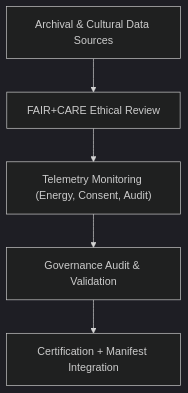
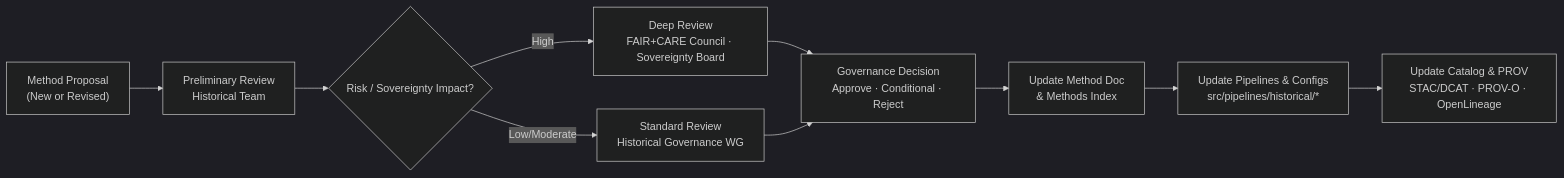
The diagram in docs/analyses/historical/methods/governance.md (bartytime4life/Kansas-Frontier-Matrix), drawn with Mermaid (dark theme) before and after one commit. The commit also changed other lines of this file, not shown here.

First line of the commit message:
Revise governance.md for version 11.2.4 updates

````diff
--- a/docs/analyses/historical/methods/governance.md
+++ b/docs/analyses/historical/methods/governance.md
@@ -61,7 +207,13 @@
 ```mermaid
-flowchart TD
-  A["Archival & Cultural Data Sources"] --> B["FAIR+CARE Ethical Review"]
-  B --> C["Telemetry Monitoring (Energy, Consent, Audit)"]
-  C --> D["Governance Audit & Validation"]
-  D --> E["Certification + Manifest Integration"]
+flowchart LR
+    A["Method Proposal\n(New or Revised)"]
+        --> B["Preliminary Review\nHistorical Team"]
+    B --> C{"Risk / Sovereignty Impact?"}
+    C -->|High| D["Deep Review\nFAIR+CARE Council · Sovereignty Board"]
+    C -->|Low/Moderate| E["Standard Review\nHistorical Governance WG"]
+    D --> F["Governance Decision\nApprove · Conditional · Reject"]
+    E --> F
+    F --> G["Update Method Doc\n& Methods Index"]
+    G --> H["Update Pipelines & Configs\nsrc/pipelines/historical/*"]
+    H --> I["Update Catalog & PROV\nSTAC/DCAT · PROV-O · OpenLineage"]
 ```
````
